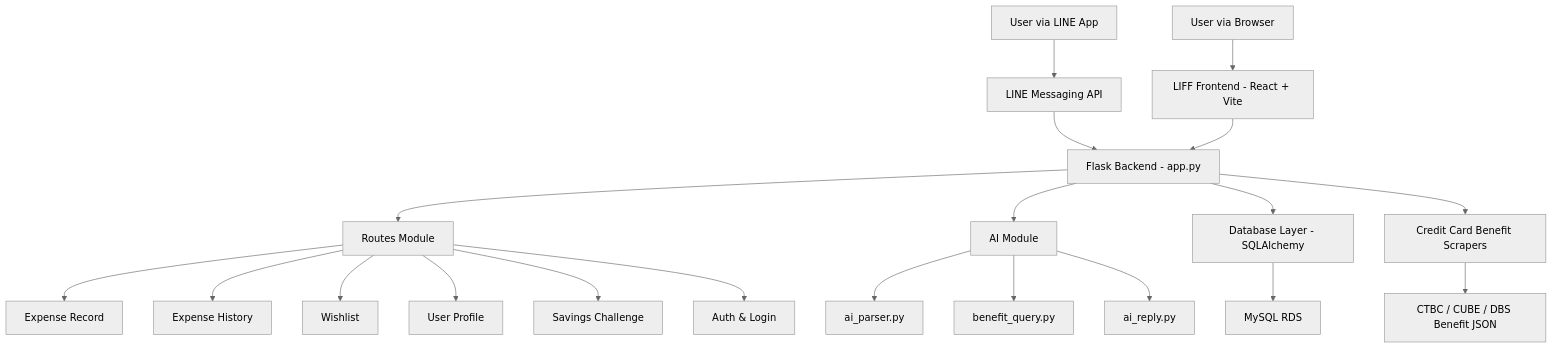
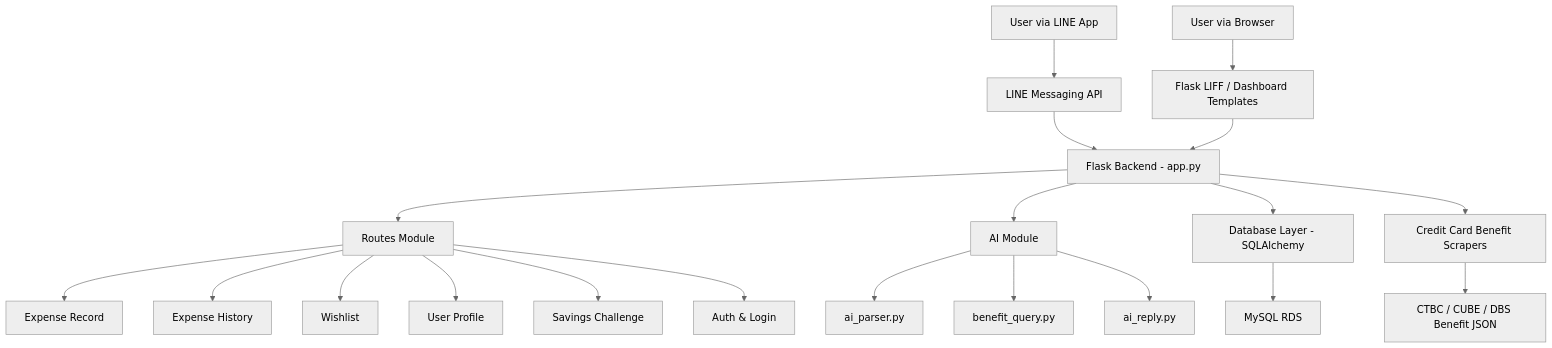
One commit to lwc-ed/financial-agent changed the diagram in README.md. Above: the diagram before and after it, drawn with Mermaid (neutral theme). The commit also changed other lines of this file and 29 other files, not shown here.

````diff
--- a/README.md
+++ b/README.md
@@ -26,28 +26,28 @@
 ```mermaid
 graph TD
 
 A[User via LINE App] --> B[LINE Messaging API]
 B --> C[Flask Backend - app.py]
 
 C --> C1[Routes Module]
 C --> C2[AI Module]
 C --> C3[Database Layer - SQLAlchemy]
 C --> C4[Credit Card Benefit Scrapers]
 
 C1 --> D1[Expense Record]
 C1 --> D2[Expense History]
 C1 --> D3[Wishlist]
 C1 --> D4[User Profile]
 C1 --> D5[Savings Challenge]
 C1 --> D6[Auth & Login]
 
 C2 --> E1[ai_parser.py]
 C2 --> E2[benefit_query.py]
 C2 --> E3[ai_reply.py]
 
 C3 --> F[MySQL RDS]
 C4 --> G[CTBC / CUBE / DBS Benefit JSON]
 
-User2[User via Browser] --> LIFF[LIFF Frontend - React + Vite]
+User2[User via Browser] --> LIFF[Flask LIFF / Dashboard Templates]
 LIFF --> C
 ```
````
